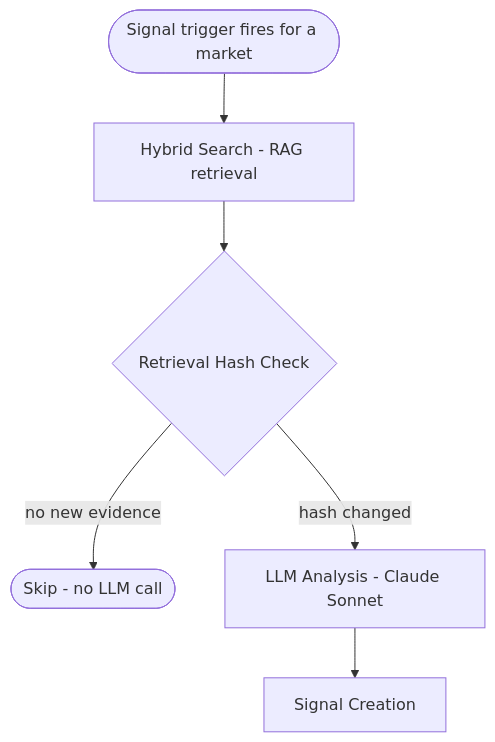
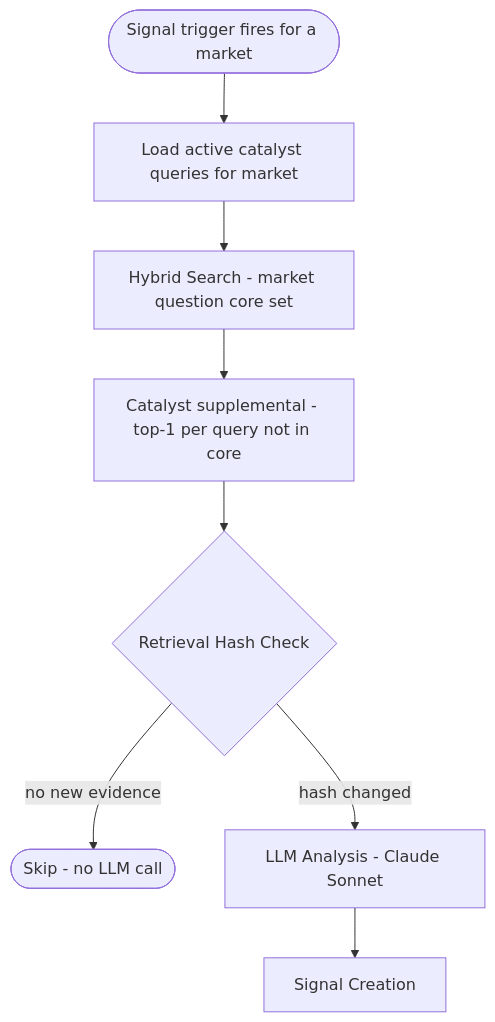
Before and after one commit to ostersc/freqpred: the third of 4 diagrams in SPEC.md, drawn with Mermaid. The commit also changed other lines of this file and 8 other files, not shown here.

First line of the commit message:
feat: slot-budgeted catalyst retrieval, choppiness fix, stoploss guard

````diff
--- a/SPEC.md
+++ b/SPEC.md
@@ -764,9 +780,11 @@
 ```mermaid
 flowchart TD
     T([Signal trigger fires for a market])
-    T --> HS[Hybrid Search - RAG retrieval]
-    HS --> RH{Retrieval Hash Check}
+    T --> CQ[Load active catalyst queries for market]
+    CQ --> HS[Hybrid Search - market question core set]
+    HS --> CS[Catalyst supplemental - top-1 per query not in core]
+    CS --> RH{Retrieval Hash Check}
     RH -->|no new evidence| SKIP([Skip - no LLM call])
     RH -->|hash changed| LLM[LLM Analysis - Claude Sonnet]
     LLM --> SC[Signal Creation]
 ```
````
